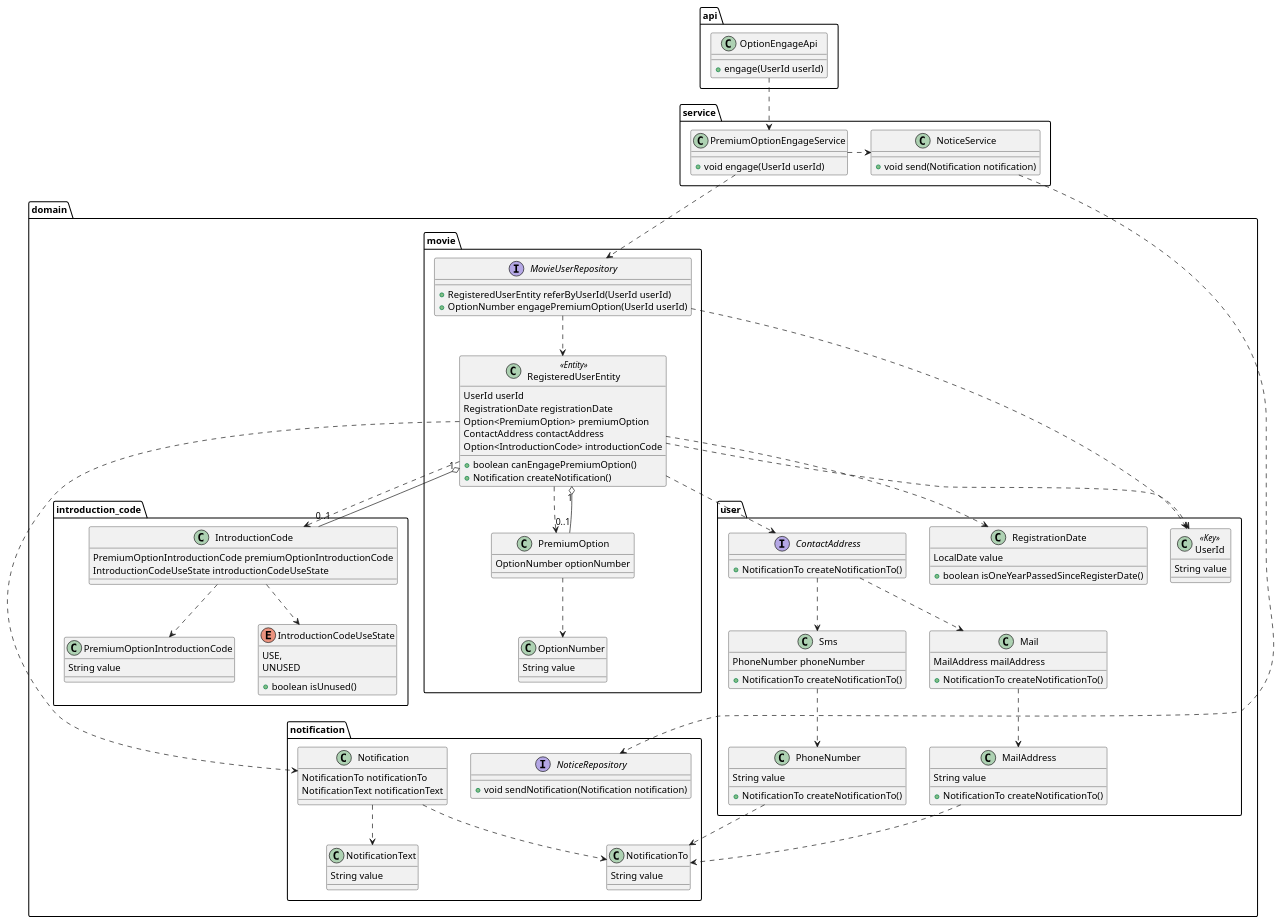
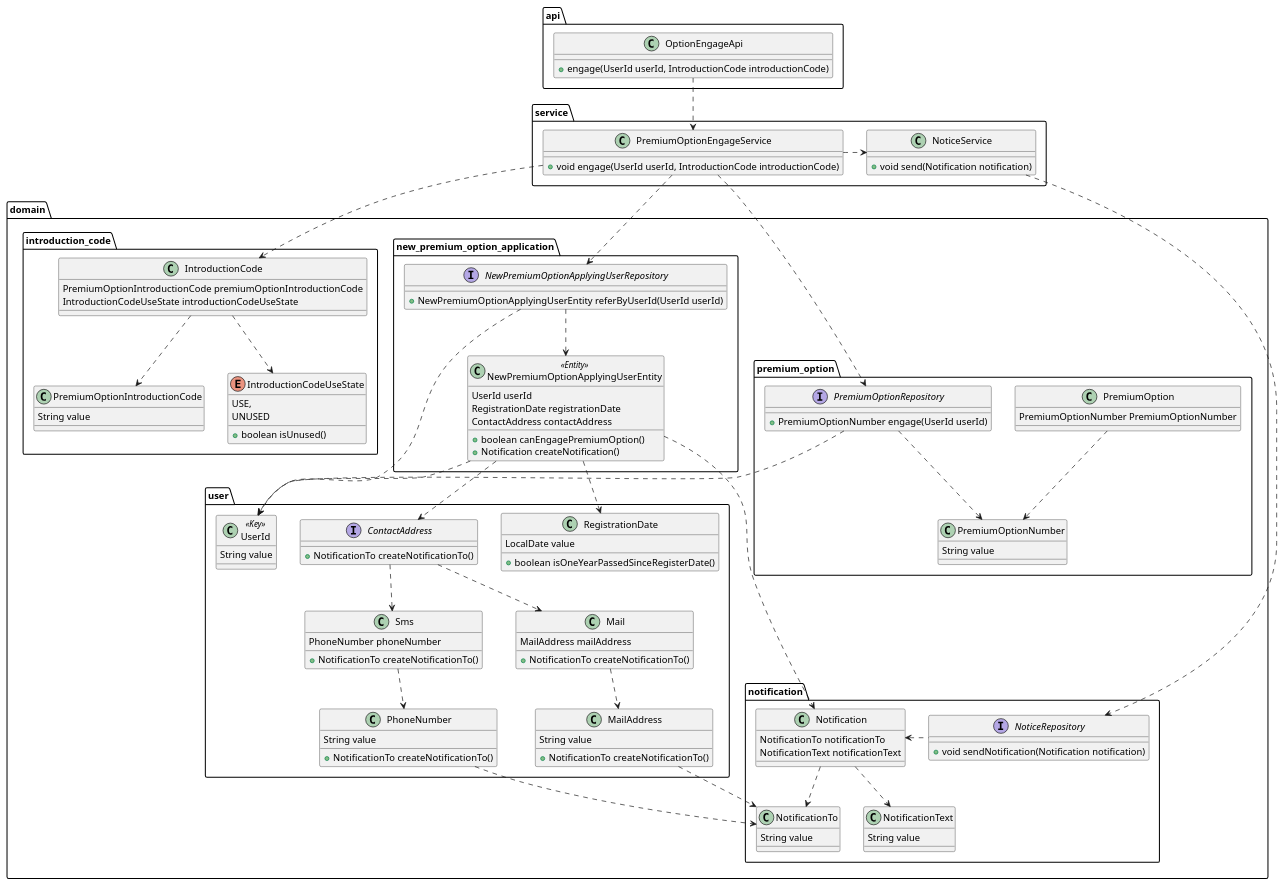
One commit to m-ohashi/movie_site changed the diagram in model/movie.puml. Above: the diagram before and after it, drawn with PlantUML.

Commit message:
パッケージ構成を変更

```diff
--- a/model/movie.puml
+++ b/model/movie.puml
@@ -1,133 +1,140 @@
 @startuml
 package api{
     class OptionEngageApi{
-        + engage(UserId userId)
+        + engage(UserId userId, IntroductionCode introductionCode)
     }
 }
 package service{
 
     class PremiumOptionEngageService{
-    + void engage(UserId userId)
+    + void engage(UserId userId, IntroductionCode introductionCode)
     }
     class NoticeService{
     + void send(Notification notification)
     }
 }
 OptionEngageApi .down.> PremiumOptionEngageService
 PremiumOptionEngageService .right.> NoticeService
+
 package domain {
 package user {
     class UserId <<Key>>{
                 String value
     }
     class RegistrationDate{
         LocalDate value
         + boolean isOneYearPassedSinceRegisterDate()
     }
     interface ContactAddress{
                 + NotificationTo createNotificationTo()
     }
     class Sms {
         PhoneNumber phoneNumber
         + NotificationTo createNotificationTo()
     }
     class PhoneNumber{
         String value
         + NotificationTo createNotificationTo()
     }
     class Mail {
         MailAddress mailAddress
         + NotificationTo createNotificationTo()
     }
     class MailAddress{
         String value
         + NotificationTo createNotificationTo()
     }
 }
-package movie {
+package new_premium_option_application {
 
-        class RegisteredUserEntity <<Entity>> {
+        class NewPremiumOptionApplyingUserEntity <<Entity>> {
             UserId userId
             RegistrationDate registrationDate
-            Option<PremiumOption> premiumOption
             ContactAddress contactAddress
-            Option<IntroductionCode> introductionCode
 
             + boolean canEngagePremiumOption()
             + Notification createNotification()
         }
+        interface NewPremiumOptionApplyingUserRepository {
+        + NewPremiumOptionApplyingUserEntity referByUserId(UserId userId)
+        }
+        NewPremiumOptionApplyingUserEntity .down.> UserId
+        NewPremiumOptionApplyingUserEntity .down.> RegistrationDate
 
-        class PremiumOption{
-            OptionNumber optionNumber
-        }
-        class OptionNumber{
-            String value
-        }
-
-        interface MovieUserRepository {
-        + RegisteredUserEntity referByUserId(UserId userId)
-        + OptionNumber engagePremiumOption(UserId userId)
-        }
-        RegisteredUserEntity .down.> UserId
-        RegisteredUserEntity .down.> RegistrationDate
-        RegisteredUserEntity .down.> PremiumOption
-        RegisteredUserEntity "1" o-- "0..1" PremiumOption
-        RegisteredUserEntity .down.> ContactAddress
+        NewPremiumOptionApplyingUserEntity .down.> ContactAddress
         ContactAddress .down.> Sms
         ContactAddress .down.> Mail
         Sms .down.> PhoneNumber
         Mail .down.> MailAddress
-        PremiumOption .down.> OptionNumber
+
         }
+
+    package premium_option {
+        class PremiumOption{
+            PremiumOptionNumber PremiumOptionNumber
+        }
+        
+        class PremiumOptionNumber{
+            String value
+        }
+        interface PremiumOptionRepository {
+        + PremiumOptionNumber engage(UserId userId)
+        }
+    }
+    PremiumOption .down.> PremiumOptionNumber
+    PremiumOptionRepository ..> UserId
+    PremiumOptionRepository ..> PremiumOptionNumber
 
     package notification{
             class Notification{
                 NotificationTo notificationTo
                 NotificationText notificationText
             }
             class NotificationTo {
                 String value
             }
 
             class NotificationText {
                 String value
             }
 
             interface NoticeRepository {
                 + void sendNotification(Notification notification)
             }
 
             MailAddress .down.> NotificationTo
             PhoneNumber .down.> NotificationTo
             Notification .down.> NotificationTo
             Notification .down.> NotificationText
-            RegisteredUserEntity .down.> Notification
+            NewPremiumOptionApplyingUserEntity .down.> Notification
         }
 
     package introduction_code{
         class IntroductionCode{
             PremiumOptionIntroductionCode premiumOptionIntroductionCode
             IntroductionCodeUseState introductionCodeUseState
         }
         class PremiumOptionIntroductionCode {
             String value
         }
         enum IntroductionCodeUseState{
             USE,
             UNUSED
             + boolean isUnused()
         }
     }
+    PremiumOptionEngageService .down.> IntroductionCode
 
 
-    MovieUserRepository .down.> UserId
-    MovieUserRepository .down.> RegisteredUserEntity
-    RegisteredUserEntity .down.> IntroductionCode
-    RegisteredUserEntity "1" o-- "0..1" IntroductionCode
+    NewPremiumOptionApplyingUserRepository .down.> UserId
+    NewPremiumOptionApplyingUserRepository .down.> NewPremiumOptionApplyingUserEntity
+
     IntroductionCode .down.> PremiumOptionIntroductionCode
     IntroductionCode .down.> IntroductionCodeUseState
 }
-PremiumOptionEngageService .down.> MovieUserRepository
+PremiumOptionEngageService .down.> NewPremiumOptionApplyingUserRepository
 NoticeService .down.> NoticeRepository
+NoticeRepository .left.> Notification
+PremiumOptionEngageService .down.> PremiumOptionRepository
 
 @enduml
```
